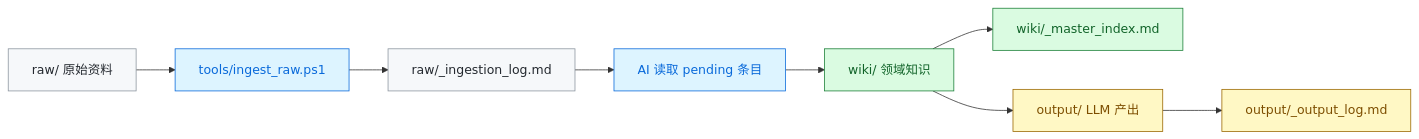
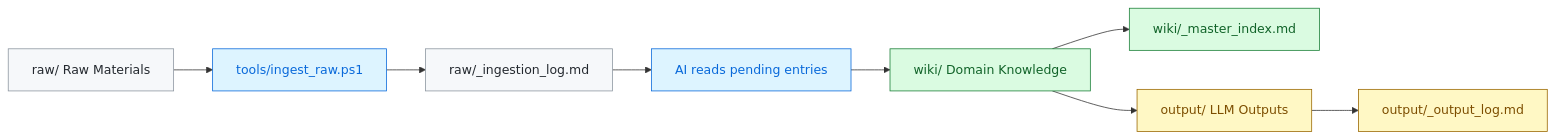
Before and after one commit to KkOma-value/vault: the diagram in README.md, drawn with Mermaid. The commit also changed other lines of this file and 1 other file, not shown here.

````diff
--- a/README.md
+++ b/README.md
@@ -80,20 +83,20 @@
 ```mermaid
 flowchart LR
-    A["raw/ 原始资料"] --> B["tools/ingest_raw.ps1"]
+    A["raw/ Raw Materials"] --> B["tools/ingest_raw.ps1"]
     B --> C["raw/_ingestion_log.md"]
-    C --> D["AI 读取 pending 条目"]
-    D --> E["wiki/ 领域知识"]
+    C --> D["AI reads pending entries"]
+    D --> E["wiki/ Domain Knowledge"]
     E --> F["wiki/_master_index.md"]
-    E --> G["output/ LLM 产出"]
+    E --> G["output/ LLM Outputs"]
     G --> H["output/_output_log.md"]
 
     classDef source fill:#f6f8fa,stroke:#8c959f,color:#24292f;
     classDef tool fill:#ddf4ff,stroke:#0969da,color:#0969da;
     classDef knowledge fill:#dafbe1,stroke:#1a7f37,color:#116329;
     classDef output fill:#fff8c5,stroke:#9a6700,color:#7d4e00;
 
     class A,C source;
     class B,D tool;
     class E,F knowledge;
     class G,H output;
 ```
````
